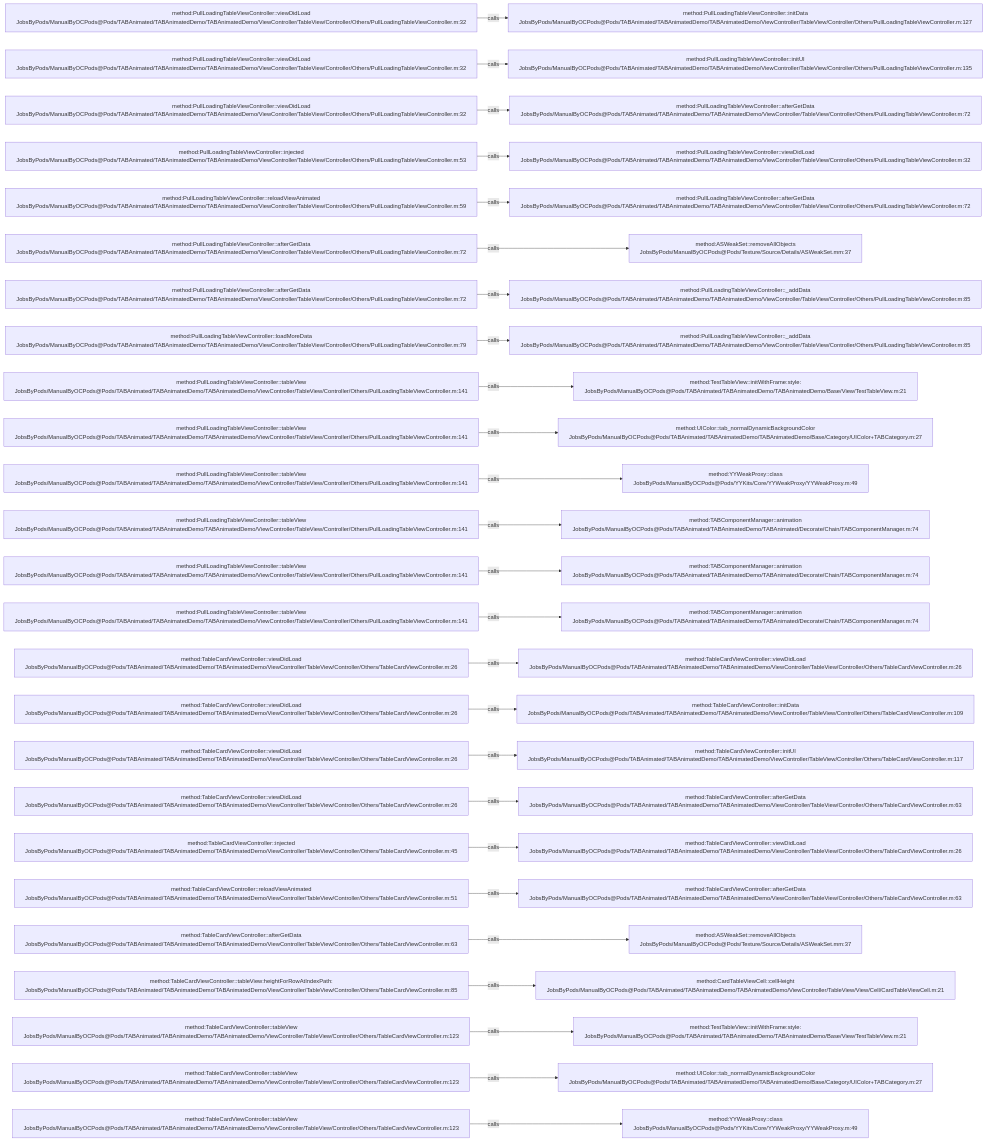
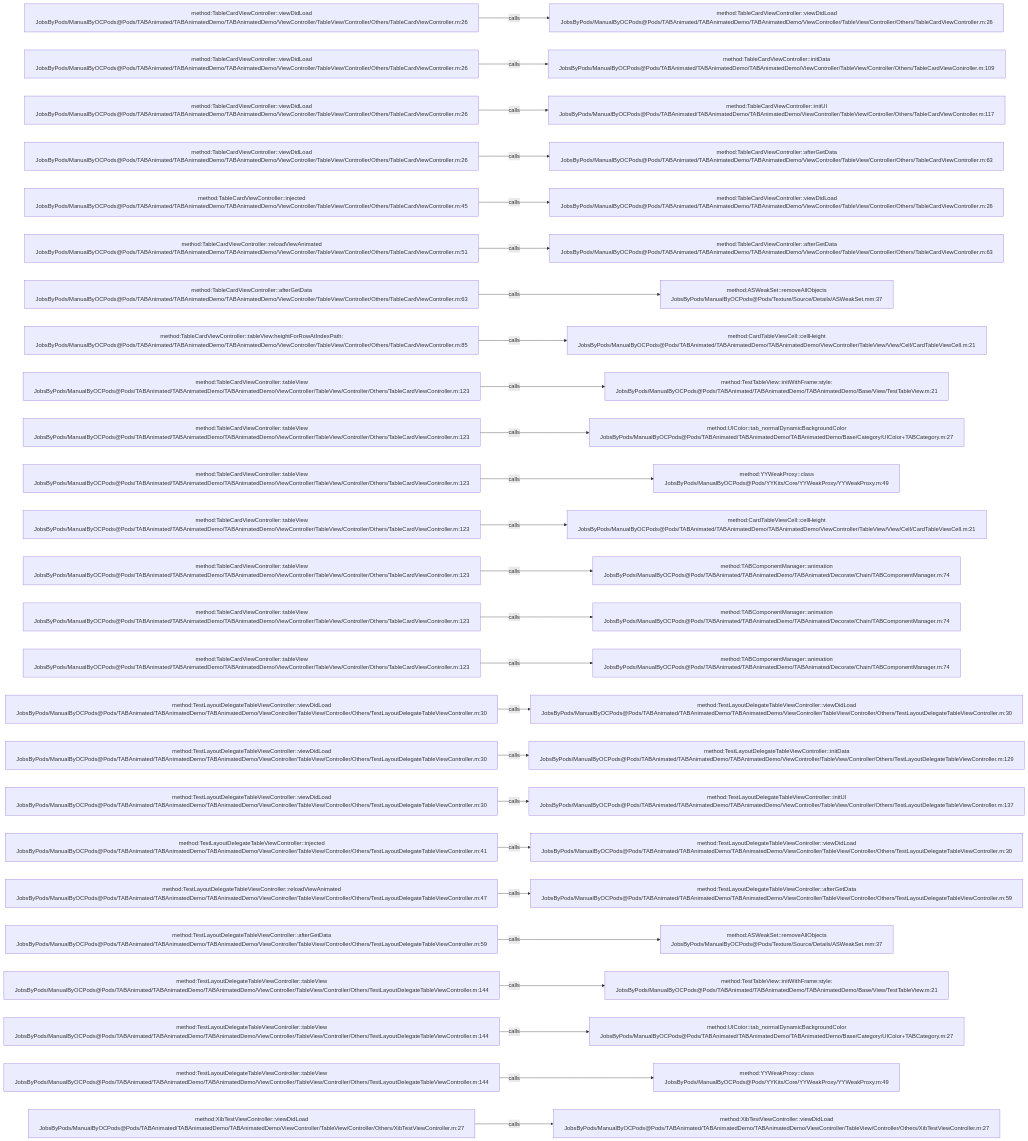
The diagram in .codegraph/codegraph.md/graphs/calls-060.md (JobsKits/JobsOCBaseConfigDemo), drawn with Mermaid before and after one commit. The commit also changed 296 other files, not shown here.

````diff
--- a/.codegraph/codegraph.md/graphs/calls-060.md
+++ b/.codegraph/codegraph.md/graphs/calls-060.md
@@ -13,78 +13,78 @@
 ```mermaid
 flowchart LR
-  S1["method:PullLoadingTableViewController::viewDidLoad<br/>JobsByPods/ManualByOCPods@Pods/TABAnimated/TABAnimatedDemo/TABAnimatedDemo/ViewController/TableView/Controller/Others/PullLoadingTableViewController.m:32"]
-  T1["method:PullLoadingTableViewController::initData<br/>JobsByPods/ManualByOCPods@Pods/TABAnimated/TABAnimatedDemo/TABAnimatedDemo/ViewController/TableView/Controller/Others/PullLoadingTableViewController.m:127"]
+  S1["method:TableCardViewController::viewDidLoad<br/>JobsByPods/ManualByOCPods@Pods/TABAnimated/TABAnimatedDemo/TABAnimatedDemo/ViewController/TableView/Controller/Others/TableCardViewController.m:26"]
+  T1["method:TableCardViewController::viewDidLoad<br/>JobsByPods/ManualByOCPods@Pods/TABAnimated/TABAnimatedDemo/TABAnimatedDemo/ViewController/TableView/Controller/Others/TableCardViewController.m:26"]
   S1 -->|calls| T1
-  S2["method:PullLoadingTableViewController::viewDidLoad<br/>JobsByPods/ManualByOCPods@Pods/TABAnimated/TABAnimatedDemo/TABAnimatedDemo/ViewController/TableView/Controller/Others/PullLoadingTableViewController.m:32"]
-  T2["method:PullLoadingTableViewController::initUI<br/>JobsByPods/ManualByOCPods@Pods/TABAnimated/TABAnimatedDemo/TABAnimatedDemo/ViewController/TableView/Controller/Others/PullLoadingTableViewController.m:135"]
+  S2["method:TableCardViewController::viewDidLoad<br/>JobsByPods/ManualByOCPods@Pods/TABAnimated/TABAnimatedDemo/TABAnimatedDemo/ViewController/TableView/Controller/Others/TableCardViewController.m:26"]
+  T2["method:TableCardViewController::initData<br/>JobsByPods/ManualByOCPods@Pods/TABAnimated/TABAnimatedDemo/TABAnimatedDemo/ViewController/TableView/Controller/Others/TableCardViewController.m:109"]
   S2 -->|calls| T2
-  S3["method:PullLoadingTableViewController::viewDidLoad<br/>JobsByPods/ManualByOCPods@Pods/TABAnimated/TABAnimatedDemo/TABAnimatedDemo/ViewController/TableView/Controller/Others/PullLoadingTableViewController.m:32"]
-  T3["method:PullLoadingTableViewController::afterGetData<br/>JobsByPods/ManualByOCPods@Pods/TABAnimated/TABAnimatedDemo/TABAnimatedDemo/ViewController/TableView/Controller/Others/PullLoadingTableViewController.m:72"]
+  S3["method:TableCardViewController::viewDidLoad<br/>JobsByPods/ManualByOCPods@Pods/TABAnimated/TABAnimatedDemo/TABAnimatedDemo/ViewController/TableView/Controller/Others/TableCardViewController.m:26"]
+  T3["method:TableCardViewController::initUI<br/>JobsByPods/ManualByOCPods@Pods/TABAnimated/TABAnimatedDemo/TABAnimatedDemo/ViewController/TableView/Controller/Others/TableCardViewController.m:117"]
   S3 -->|calls| T3
-  S4["method:PullLoadingTableViewController::injected<br/>JobsByPods/ManualByOCPods@Pods/TABAnimated/TABAnimatedDemo/TABAnimatedDemo/ViewController/TableView/Controller/Others/PullLoadingTableViewController.m:53"]
-  T4["method:PullLoadingTableViewController::viewDidLoad<br/>JobsByPods/ManualByOCPods@Pods/TABAnimated/TABAnimatedDemo/TABAnimatedDemo/ViewController/TableView/Controller/Others/PullLoadingTableViewController.m:32"]
+  S4["method:TableCardViewController::viewDidLoad<br/>JobsByPods/ManualByOCPods@Pods/TABAnimated/TABAnimatedDemo/TABAnimatedDemo/ViewController/TableView/Controller/Others/TableCardViewController.m:26"]
+  T4["method:TableCardViewController::afterGetData<br/>JobsByPods/ManualByOCPods@Pods/TABAnimated/TABAnimatedDemo/TABAnimatedDemo/ViewController/TableView/Controller/Others/TableCardViewController.m:63"]
   S4 -->|calls| T4
-  S5["method:PullLoadingTableViewController::reloadViewAnimated<br/>JobsByPods/ManualByOCPods@Pods/TABAnimated/TABAnimatedDemo/TABAnimatedDemo/ViewController/TableView/Controller/Others/PullLoadingTableViewController.m:59"]
-  T5["method:PullLoadingTableViewController::afterGetData<br/>JobsByPods/ManualByOCPods@Pods/TABAnimated/TABAnimatedDemo/TABAnimatedDemo/ViewController/TableView/Controller/Others/PullLoadingTableViewController.m:72"]
+  S5["method:TableCardViewController::injected<br/>JobsByPods/ManualByOCPods@Pods/TABAnimated/TABAnimatedDemo/TABAnimatedDemo/ViewController/TableView/Controller/Others/TableCardViewController.m:45"]
+  T5["method:TableCardViewController::viewDidLoad<br/>JobsByPods/ManualByOCPods@Pods/TABAnimated/TABAnimatedDemo/TABAnimatedDemo/ViewController/TableView/Controller/Others/TableCardViewController.m:26"]
   S5 -->|calls| T5
-  S6["method:PullLoadingTableViewController::afterGetData<br/>JobsByPods/ManualByOCPods@Pods/TABAnimated/TABAnimatedDemo/TABAnimatedDemo/ViewController/TableView/Controller/Others/PullLoadingTableViewController.m:72"]
-  T6["method:ASWeakSet::removeAllObjects<br/>JobsByPods/ManualByOCPods@Pods/Texture/Source/Details/ASWeakSet.mm:37"]
+  S6["method:TableCardViewController::reloadViewAnimated<br/>JobsByPods/ManualByOCPods@Pods/TABAnimated/TABAnimatedDemo/TABAnimatedDemo/ViewController/TableView/Controller/Others/TableCardViewController.m:51"]
+  T6["method:TableCardViewController::afterGetData<br/>JobsByPods/ManualByOCPods@Pods/TABAnimated/TABAnimatedDemo/TABAnimatedDemo/ViewController/TableView/Controller/Others/TableCardViewController.m:63"]
   S6 -->|calls| T6
-  S7["method:PullLoadingTableViewController::afterGetData<br/>JobsByPods/ManualByOCPods@Pods/TABAnimated/TABAnimatedDemo/TABAnimatedDemo/ViewController/TableView/Controller/Others/PullLoadingTableViewController.m:72"]
-  T7["method:PullLoadingTableViewController::_addData<br/>JobsByPods/ManualByOCPods@Pods/TABAnimated/TABAnimatedDemo/TABAnimatedDemo/ViewController/TableView/Controller/Others/PullLoadingTableViewController.m:85"]
+  S7["method:TableCardViewController::afterGetData<br/>JobsByPods/ManualByOCPods@Pods/TABAnimated/TABAnimatedDemo/TABAnimatedDemo/ViewController/TableView/Controller/Others/TableCardViewController.m:63"]
+  T7["method:ASWeakSet::removeAllObjects<br/>JobsByPods/ManualByOCPods@Pods/Texture/Source/Details/ASWeakSet.mm:37"]
   S7 -->|calls| T7
-  S8["method:PullLoadingTableViewController::loadMoreData<br/>JobsByPods/ManualByOCPods@Pods/TABAnimated/TABAnimatedDemo/TABAnimatedDemo/ViewController/TableView/Controller/Others/PullLoadingTableViewController.m:79"]
-  T8["method:PullLoadingTableViewController::_addData<br/>JobsByPods/ManualByOCPods@Pods/TABAnimated/TABAnimatedDemo/TABAnimatedDemo/ViewController/TableView/Controller/Others/PullLoadingTableViewController.m:85"]
+  S8["method:TableCardViewController::tableView:heightForRowAtIndexPath:<br/>JobsByPods/ManualByOCPods@Pods/TABAnimated/TABAnimatedDemo/TABAnimatedDemo/ViewController/TableView/Controller/Others/TableCardViewController.m:85"]
+  T8["method:CardTableViewCell::cellHeight<br/>JobsByPods/ManualByOCPods@Pods/TABAnimated/TABAnimatedDemo/TABAnimatedDemo/ViewController/TableView/View/Cell/CardTableViewCell.m:21"]
   S8 -->|calls| T8
-  S9["method:PullLoadingTableViewController::tableView<br/>JobsByPods/ManualByOCPods@Pods/TABAnimated/TABAnimatedDemo/TABAnimatedDemo/ViewController/TableView/Controller/Others/PullLoadingTableViewController.m:141"]
+  S9["method:TableCardViewController::tableView<br/>JobsByPods/ManualByOCPods@Pods/TABAnimated/TABAnimatedDemo/TABAnimatedDemo/ViewController/TableView/Controller/Others/TableCardViewController.m:123"]
   T9["method:TestTableView::initWithFrame:style:<br/>JobsByPods/ManualByOCPods@Pods/TABAnimated/TABAnimatedDemo/TABAnimatedDemo/Base/View/TestTableView.m:21"]
   S9 -->|calls| T9
-  S10["method:PullLoadingTableViewController::tableView<br/>JobsByPods/ManualByOCPods@Pods/TABAnimated/TABAnimatedDemo/TABAnimatedDemo/ViewController/TableView/Controller/Others/PullLoadingTableViewController.m:141"]
+  S10["method:TableCardViewController::tableView<br/>JobsByPods/ManualByOCPods@Pods/TABAnimated/TABAnimatedDemo/TABAnimatedDemo/ViewController/TableView/Controller/Others/TableCardViewController.m:123"]
   T10["method:UIColor::tab_normalDynamicBackgroundColor<br/>JobsByPods/ManualByOCPods@Pods/TABAnimated/TABAnimatedDemo/TABAnimatedDemo/Base/Category/UIColor+TABCategory.m:27"]
   S10 -->|calls| T10
-  S11["method:PullLoadingTableViewController::tableView<br/>JobsByPods/ManualByOCPods@Pods/TABAnimated/TABAnimatedDemo/TABAnimatedDemo/ViewController/TableView/Controller/Others/PullLoadingTableViewController.m:141"]
+  S11["method:TableCardViewController::tableView<br/>JobsByPods/ManualByOCPods@Pods/TABAnimated/TABAnimatedDemo/TABAnimatedDemo/ViewController/TableView/Controller/Others/TableCardViewController.m:123"]
   T11["method:YYWeakProxy::class<br/>JobsByPods/ManualByOCPods@Pods/YYKits/Core/YYWeakProxy/YYWeakProxy.m:49"]
   S11 -->|calls| T11
-  S12["method:PullLoadingTableViewController::tableView<br/>JobsByPods/ManualByOCPods@Pods/TABAnimated/TABAnimatedDemo/TABAnimatedDemo/ViewController/TableView/Controller/Others/PullLoadingTableViewController.m:141"]
-  T12["method:TABComponentManager::animation<br/>JobsByPods/ManualByOCPods@Pods/TABAnimated/TABAnimatedDemo/TABAnimated/Decorate/Chain/TABComponentManager.m:74"]
+  S12["method:TableCardViewController::tableView<br/>JobsByPods/ManualByOCPods@Pods/TABAnimated/TABAnimatedDemo/TABAnimatedDemo/ViewController/TableView/Controller/Others/TableCardViewController.m:123"]
+  T12["method:CardTableViewCell::cellHeight<br/>JobsByPods/ManualByOCPods@Pods/TABAnimated/TABAnimatedDemo/TABAnimatedDemo/ViewController/TableView/View/Cell/CardTableViewCell.m:21"]
   S12 -->|calls| T12
-  S13["method:PullLoadingTableViewController::tableView<br/>JobsByPods/ManualByOCPods@Pods/TABAnimated/TABAnimatedDemo/TABAnimatedDemo/ViewController/TableView/Controller/Others/PullLoadingTableViewController.m:141"]
+  S13["method:TableCardViewController::tableView<br/>JobsByPods/ManualByOCPods@Pods/TABAnimated/TABAnimatedDemo/TABAnimatedDemo/ViewController/TableView/Controller/Others/TableCardViewController.m:123"]
   T13["method:TABComponentManager::animation<br/>JobsByPods/ManualByOCPods@Pods/TABAnimated/TABAnimatedDemo/TABAnimated/Decorate/Chain/TABComponentManager.m:74"]
   S13 -->|calls| T13
-  S14["method:PullLoadingTableViewController::tableView<br/>JobsByPods/ManualByOCPods@Pods/TABAnimated/TABAnimatedDemo/TABAnimatedDemo/ViewController/TableView/Controller/Others/PullLoadingTableViewController.m:141"]
+  S14["method:TableCardViewController::tableView<br/>JobsByPods/ManualByOCPods@Pods/TABAnimated/TABAnimatedDemo/TABAnimatedDemo/ViewController/TableView/Controller/Others/TableCardViewController.m:123"]
   T14["method:TABComponentManager::animation<br/>JobsByPods/ManualByOCPods@Pods/TABAnimated/TABAnimatedDemo/TABAnimated/Decorate/Chain/TABComponentManager.m:74"]
   S14 -->|calls| T14
-  S15["method:TableCardViewController::viewDidLoad<br/>JobsByPods/ManualByOCPods@Pods/TABAnimated/TABAnimatedDemo/TABAnimatedDemo/ViewController/TableView/Controller/Others/TableCardViewController.m:26"]
-  T15["method:TableCardViewController::viewDidLoad<br/>JobsByPods/ManualByOCPods@Pods/TABAnimated/TABAnimatedDemo/TABAnimatedDemo/ViewController/TableView/Controller/Others/TableCardViewController.m:26"]
+  S15["method:TableCardViewController::tableView<br/>JobsByPods/ManualByOCPods@Pods/TABAnimated/TABAnimatedDemo/TABAnimatedDemo/ViewController/TableView/Controller/Others/TableCardViewController.m:123"]
+  T15["method:TABComponentManager::animation<br/>JobsByPods/ManualByOCPods@Pods/TABAnimated/TABAnimatedDemo/TABAnimated/Decorate/Chain/TABComponentManager.m:74"]
   S15 -->|calls| T15
-  S16["method:TableCardViewController::viewDidLoad<br/>JobsByPods/ManualByOCPods@Pods/TABAnimated/TABAnimatedDemo/TABAnimatedDemo/ViewController/TableView/Controller/Others/TableCardViewController.m:26"]
-  T16["method:TableCardViewController::initData<br/>JobsByPods/ManualByOCPods@Pods/TABAnimated/TABAnimatedDemo/TABAnimatedDemo/ViewController/TableView/Controller/Others/TableCardViewController.m:109"]
+  S16["method:TestLayoutDelegateTableViewController::viewDidLoad<br/>JobsByPods/ManualByOCPods@Pods/TABAnimated/TABAnimatedDemo/TABAnimatedDemo/ViewController/TableView/Controller/Others/TestLayoutDelegateTableViewController.m:30"]
+  T16["method:TestLayoutDelegateTableViewController::viewDidLoad<br/>JobsByPods/ManualByOCPods@Pods/TABAnimated/TABAnimatedDemo/TABAnimatedDemo/ViewController/TableView/Controller/Others/TestLayoutDelegateTableViewController.m:30"]
   S16 -->|calls| T16
-  S17["method:TableCardViewController::viewDidLoad<br/>JobsByPods/ManualByOCPods@Pods/TABAnimated/TABAnimatedDemo/TABAnimatedDemo/ViewController/TableView/Controller/Others/TableCardViewController.m:26"]
-  T17["method:TableCardViewController::initUI<br/>JobsByPods/ManualByOCPods@Pods/TABAnimated/TABAnimatedDemo/TABAnimatedDemo/ViewController/TableView/Controller/Others/TableCardViewController.m:117"]
+  S17["method:TestLayoutDelegateTableViewController::viewDidLoad<br/>JobsByPods/ManualByOCPods@Pods/TABAnimated/TABAnimatedDemo/TABAnimatedDemo/ViewController/TableView/Controller/Others/TestLayoutDelegateTableViewController.m:30"]
+  T17["method:TestLayoutDelegateTableViewController::initData<br/>JobsByPods/ManualByOCPods@Pods/TABAnimated/TABAnimatedDemo/TABAnimatedDemo/ViewController/TableView/Controller/Others/TestLayoutDelegateTableViewController.m:129"]
   S17 -->|calls| T17
-  S18["method:TableCardViewController::viewDidLoad<br/>JobsByPods/ManualByOCPods@Pods/TABAnimated/TABAnimatedDemo/TABAnimatedDemo/ViewController/TableView/Controller/Others/TableCardViewController.m:26"]
-  T18["method:TableCardViewController::afterGetData<br/>JobsByPods/ManualByOCPods@Pods/TABAnimated/TABAnimatedDemo/TABAnimatedDemo/ViewController/TableView/Controller/Others/TableCardViewController.m:63"]
+  S18["method:TestLayoutDelegateTableViewController::viewDidLoad<br/>JobsByPods/ManualByOCPods@Pods/TABAnimated/TABAnimatedDemo/TABAnimatedDemo/ViewController/TableView/Controller/Others/TestLayoutDelegateTableViewController.m:30"]
+  T18["method:TestLayoutDelegateTableViewController::initUI<br/>JobsByPods/ManualByOCPods@Pods/TABAnimated/TABAnimatedDemo/TABAnimatedDemo/ViewController/TableView/Controller/Others/TestLayoutDelegateTableViewController.m:137"]
   S18 -->|calls| T18
-  S19["method:TableCardViewController::injected<br/>JobsByPods/ManualByOCPods@Pods/TABAnimated/TABAnimatedDemo/TABAnimatedDemo/ViewController/TableView/Controller/Others/TableCardViewController.m:45"]
-  T19["method:TableCardViewController::viewDidLoad<br/>JobsByPods/ManualByOCPods@Pods/TABAnimated/TABAnimatedDemo/TABAnimatedDemo/ViewController/TableView/Controller/Others/TableCardViewController.m:26"]
+  S19["method:TestLayoutDelegateTableViewController::injected<br/>JobsByPods/ManualByOCPods@Pods/TABAnimated/TABAnimatedDemo/TABAnimatedDemo/ViewController/TableView/Controller/Others/TestLayoutDelegateTableViewController.m:41"]
+  T19["method:TestLayoutDelegateTableViewController::viewDidLoad<br/>JobsByPods/ManualByOCPods@Pods/TABAnimated/TABAnimatedDemo/TABAnimatedDemo/ViewController/TableView/Controller/Others/TestLayoutDelegateTableViewController.m:30"]
   S19 -->|calls| T19
-  S20["method:TableCardViewController::reloadViewAnimated<br/>JobsByPods/ManualByOCPods@Pods/TABAnimated/TABAnimatedDemo/TABAnimatedDemo/ViewController/TableView/Controller/Others/TableCardViewController.m:51"]
-  T20["method:TableCardViewController::afterGetData<br/>JobsByPods/ManualByOCPods@Pods/TABAnimated/TABAnimatedDemo/TABAnimatedDemo/ViewController/TableView/Controller/Others/TableCardViewController.m:63"]
+  S20["method:TestLayoutDelegateTableViewController::reloadViewAnimated<br/>JobsByPods/ManualByOCPods@Pods/TABAnimated/TABAnimatedDemo/TABAnimatedDemo/ViewController/TableView/Controller/Others/TestLayoutDelegateTableViewController.m:47"]
+  T20["method:TestLayoutDelegateTableViewController::afterGetData<br/>JobsByPods/ManualByOCPods@Pods/TABAnimated/TABAnimatedDemo/TABAnimatedDemo/ViewController/TableView/Controller/Others/TestLayoutDelegateTableViewController.m:59"]
   S20 -->|calls| T20
-  S21["method:TableCardViewController::afterGetData<br/>JobsByPods/ManualByOCPods@Pods/TABAnimated/TABAnimatedDemo/TABAnimatedDemo/ViewController/TableView/Controller/Others/TableCardViewController.m:63"]
+  S21["method:TestLayoutDelegateTableViewController::afterGetData<br/>JobsByPods/ManualByOCPods@Pods/TABAnimated/TABAnimatedDemo/TABAnimatedDemo/ViewController/TableView/Controller/Others/TestLayoutDelegateTableViewController.m:59"]
   T21["method:ASWeakSet::removeAllObjects<br/>JobsByPods/ManualByOCPods@Pods/Texture/Source/Details/ASWeakSet.mm:37"]
   S21 -->|calls| T21
-  S22["method:TableCardViewController::tableView:heightForRowAtIndexPath:<br/>JobsByPods/ManualByOCPods@Pods/TABAnimated/TABAnimatedDemo/TABAnimatedDemo/ViewController/TableView/Controller/Others/TableCardViewController.m:85"]
-  T22["method:CardTableViewCell::cellHeight<br/>JobsByPods/ManualByOCPods@Pods/TABAnimated/TABAnimatedDemo/TABAnimatedDemo/ViewController/TableView/View/Cell/CardTableViewCell.m:21"]
+  S22["method:TestLayoutDelegateTableViewController::tableView<br/>JobsByPods/ManualByOCPods@Pods/TABAnimated/TABAnimatedDemo/TABAnimatedDemo/ViewController/TableView/Controller/Others/TestLayoutDelegateTableViewController.m:144"]
+  T22["method:TestTableView::initWithFrame:style:<br/>JobsByPods/ManualByOCPods@Pods/TABAnimated/TABAnimatedDemo/TABAnimatedDemo/Base/View/TestTableView.m:21"]
   S22 -->|calls| T22
-  S23["method:TableCardViewController::tableView<br/>JobsByPods/ManualByOCPods@Pods/TABAnimated/TABAnimatedDemo/TABAnimatedDemo/ViewController/TableView/Controller/Others/TableCardViewController.m:123"]
-  T23["method:TestTableView::initWithFrame:style:<br/>JobsByPods/ManualByOCPods@Pods/TABAnimated/TABAnimatedDemo/TABAnimatedDemo/Base/View/TestTableView.m:21"]
+  S23["method:TestLayoutDelegateTableViewController::tableView<br/>JobsByPods/ManualByOCPods@Pods/TABAnimated/TABAnimatedDemo/TABAnimatedDemo/ViewController/TableView/Controller/Others/TestLayoutDelegateTableViewController.m:144"]
+  T23["method:UIColor::tab_normalDynamicBackgroundColor<br/>JobsByPods/ManualByOCPods@Pods/TABAnimated/TABAnimatedDemo/TABAnimatedDemo/Base/Category/UIColor+TABCategory.m:27"]
   S23 -->|calls| T23
-  S24["method:TableCardViewController::tableView<br/>JobsByPods/ManualByOCPods@Pods/TABAnimated/TABAnimatedDemo/TABAnimatedDemo/ViewController/TableView/Controller/Others/TableCardViewController.m:123"]
-  T24["method:UIColor::tab_normalDynamicBackgroundColor<br/>JobsByPods/ManualByOCPods@Pods/TABAnimated/TABAnimatedDemo/TABAnimatedDemo/Base/Category/UIColor+TABCategory.m:27"]
+  S24["method:TestLayoutDelegateTableViewController::tableView<br/>JobsByPods/ManualByOCPods@Pods/TABAnimated/TABAnimatedDemo/TABAnimatedDemo/ViewController/TableView/Controller/Others/TestLayoutDelegateTableViewController.m:144"]
+  T24["method:YYWeakProxy::class<br/>JobsByPods/ManualByOCPods@Pods/YYKits/Core/YYWeakProxy/YYWeakProxy.m:49"]
   S24 -->|calls| T24
-  S25["method:TableCardViewController::tableView<br/>JobsByPods/ManualByOCPods@Pods/TABAnimated/TABAnimatedDemo/TABAnimatedDemo/ViewController/TableView/Controller/Others/TableCardViewController.m:123"]
-  T25["method:YYWeakProxy::class<br/>JobsByPods/ManualByOCPods@Pods/YYKits/Core/YYWeakProxy/YYWeakProxy.m:49"]
+  S25["method:XibTestViewController::viewDidLoad<br/>JobsByPods/ManualByOCPods@Pods/TABAnimated/TABAnimatedDemo/TABAnimatedDemo/ViewController/TableView/Controller/Others/XibTestViewController.m:27"]
+  T25["method:XibTestViewController::viewDidLoad<br/>JobsByPods/ManualByOCPods@Pods/TABAnimated/TABAnimatedDemo/TABAnimatedDemo/ViewController/TableView/Controller/Others/XibTestViewController.m:27"]
   S25 -->|calls| T25
 ```
````
